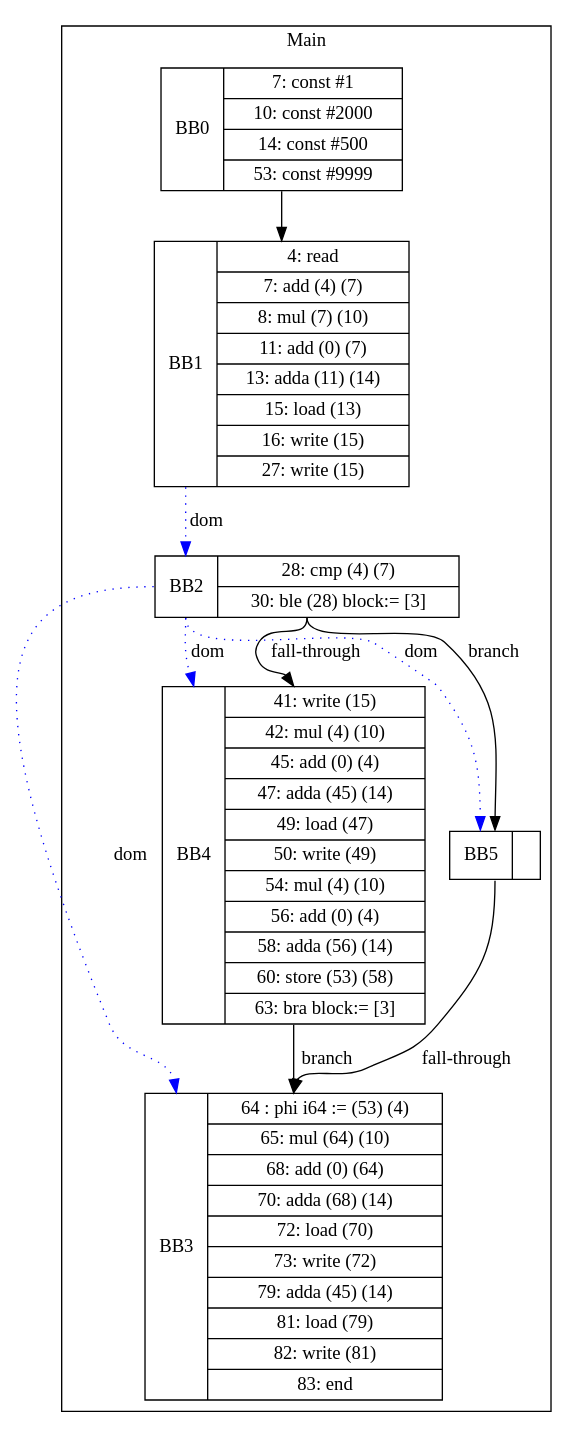
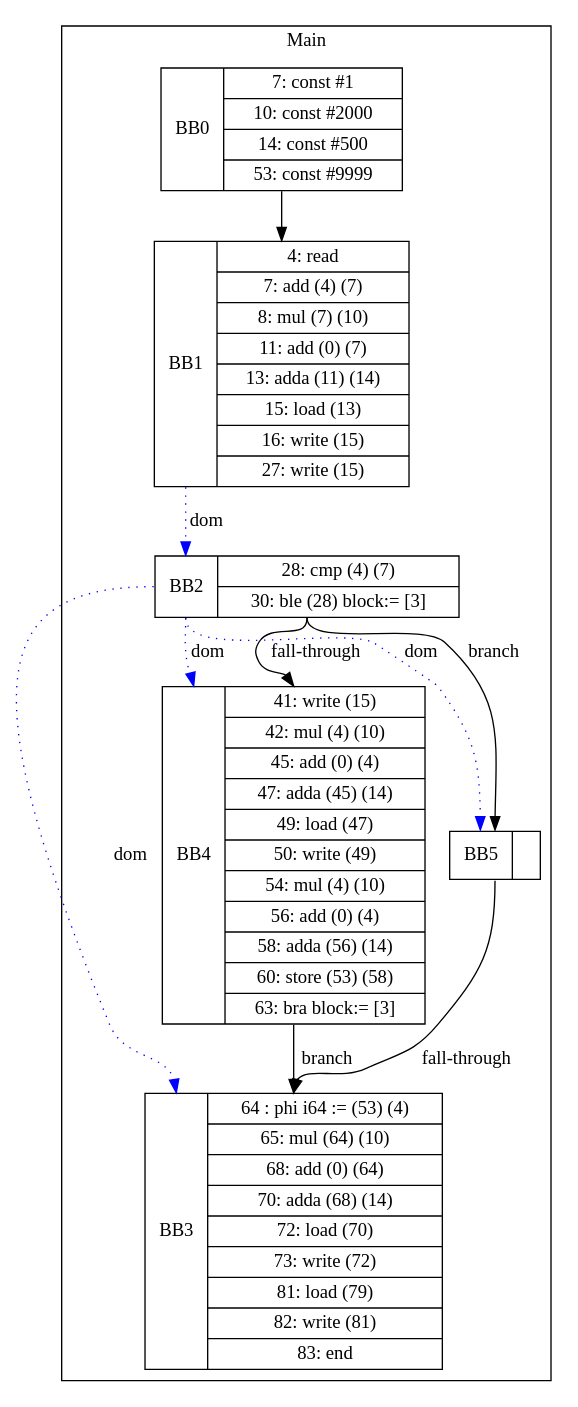
The diagram in visualization/cbelem/array/ifJoinKill-3.gv (zjc664656505/UCI-CS241-Advanced-Compiler-main), drawn with Graphviz before and after one commit. The commit also changed 12 other files, not shown here.

```diff
--- a/visualization/cbelem/array/ifJoinKill-3.gv
+++ b/visualization/cbelem/array/ifJoinKill-3.gv
@@ -1,21 +1,21 @@
 digraph G {
 node [shape=record];
 subgraph cluster_main{
 label = "Main";
 BB0 [shape=record, label="<b>BB0|{7: const #1|10: const #2000|14: const #500|53: const #9999}"];
 BB1 [shape=record, label="<b>BB1|{4: read|7: add (4) (7)|8: mul (7) (10)|11: add (0) (7)|13: adda (11) (14)|15: load (13)|16: write (15)|27: write (15)}"];
 BB2 [shape=record, label="<b>BB2|{28: cmp (4) (7)|30: ble (28) block:= [3]}"];
-BB3 [shape=record, label="<b>BB3|{64 : phi i64 := (53) (4)|65: mul (64) (10)|68: add (0) (64)|70: adda (68) (14)|72: load (70)|73: write (72)|79: adda (45) (14)|81: load (79)|82: write (81)|83: end}"];
+BB3 [shape=record, label="<b>BB3|{64 : phi i64 := (53) (4)|65: mul (64) (10)|68: add (0) (64)|70: adda (68) (14)|72: load (70)|73: write (72)|81: load (79)|82: write (81)|83: end}"];
 BB4 [shape=record, label="<b>BB4|{41: write (15)|42: mul (4) (10)|45: add (0) (4)|47: adda (45) (14)|49: load (47)|50: write (49)|54: mul (4) (10)|56: add (0) (4)|58: adda (56) (14)|60: store (53) (58)|63: bra block:= [3]}"];
 BB5 [shape=record, label="<b>BB5|}"];
 }
 BB0:s -> BB1:n ;
 BB2:b -> BB3:b [color=blue, style=dotted, label="dom"];
 BB2:b -> BB4:b [color=blue, style=dotted, label="dom"];
 BB1:b -> BB2:b [color=blue, style=dotted, label="dom"];
 BB2:b -> BB5:b [color=blue, style=dotted, label="dom"];
 BB2:s -> BB5:n [label="branch"];
 BB4:s -> BB3:n [label="branch"];
 BB5:s -> BB3:n [label="fall-through"];
 BB2:s -> BB4:n [label="fall-through"];
 }
```
